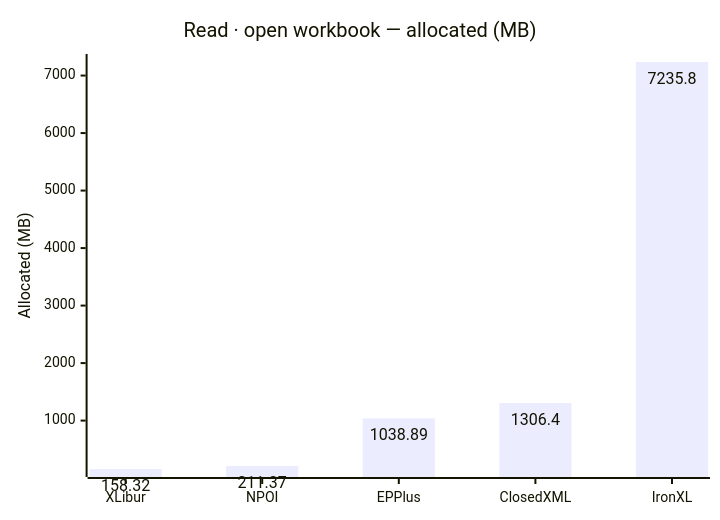
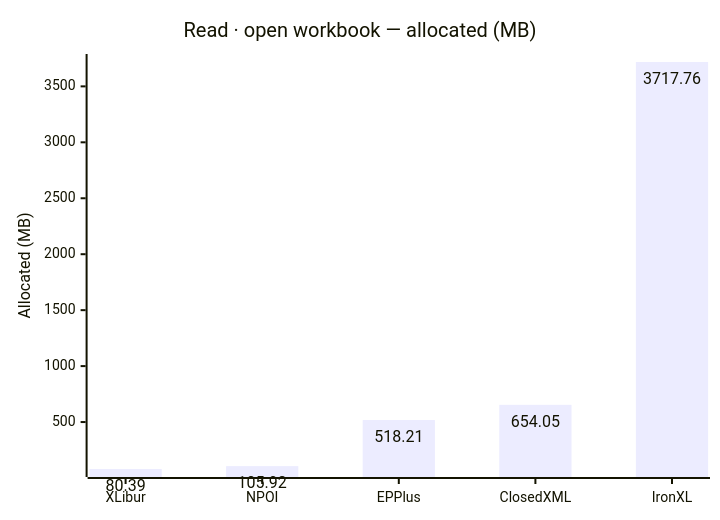
One commit to jafin/XLBench changed the second of 10 diagrams in docs/results.md. Above: the diagram before and after it, drawn with Mermaid. The commit also changed other lines of this file and 5 other files, not shown here.

````diff
--- a/docs/results.md
+++ b/docs/results.md
@@ -48,12 +48,12 @@
 ```mermaid
 ---
 config:
   xyChart:
     showDataLabel: true
 ---
 xychart-beta
     title "Read · open workbook — allocated (MB)"
     x-axis ["XLibur", "NPOI", "EPPlus", "ClosedXML", "IronXL"]
     y-axis "Allocated (MB)"
-    bar [158.32, 211.37, 1038.89, 1306.4, 7235.8]
+    bar [80.39, 105.92, 518.21, 654.05, 3717.76]
 ```
````
